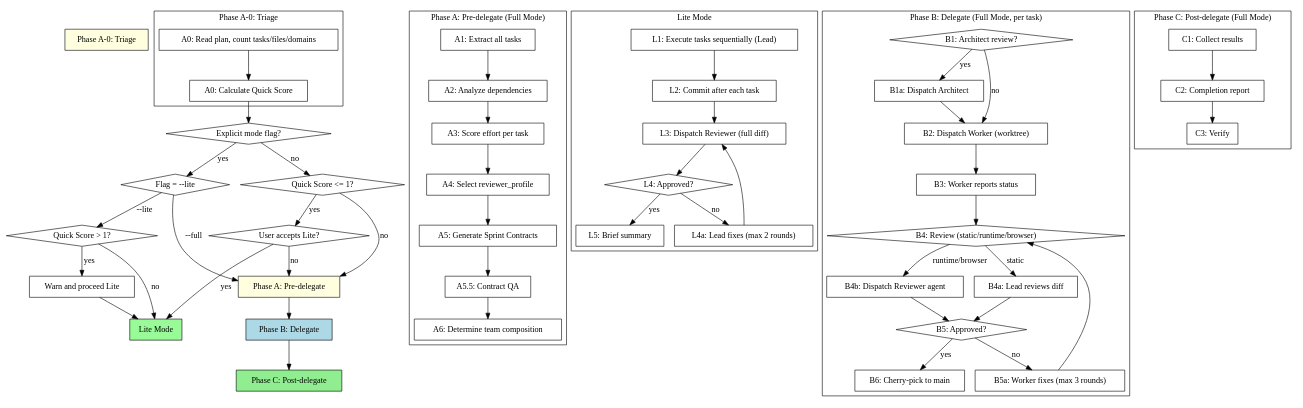
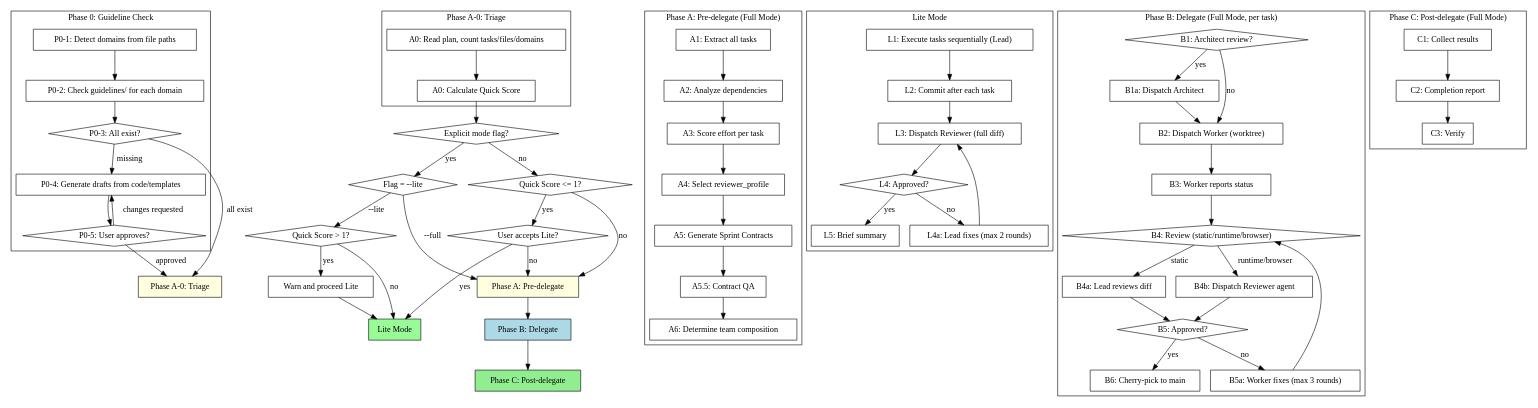
The second of 2 diagrams in skills/team-driven-development/SKILL.md (rat-siem/team-driven-development), drawn with Graphviz before and after one commit. The commit also changed other lines of this file, not shown here.

Commit message:
feat: add Phase 0 (Guideline Check) to SKILL.md

```diff
--- a/skills/team-driven-development/SKILL.md
+++ b/skills/team-driven-development/SKILL.md
@@ -138,6 +138,24 @@
     "Phase A: Pre-delegate" [shape=box style=filled fillcolor=lightyellow];
     "Phase B: Delegate" [shape=box style=filled fillcolor=lightblue];
     "Phase C: Post-delegate" [shape=box style=filled fillcolor=lightgreen];
+
+    subgraph cluster_phase0 {
+        label="Phase 0: Guideline Check";
+        "P0-1: Detect domains from file paths" [shape=box];
+        "P0-2: Check guidelines/ for each domain" [shape=box];
+        "P0-3: All exist?" [shape=diamond];
+        "P0-4: Generate drafts from code/templates" [shape=box];
+        "P0-5: User approves?" [shape=diamond];
+
+        "P0-1: Detect domains from file paths" -> "P0-2: Check guidelines/ for each domain";
+        "P0-2: Check guidelines/ for each domain" -> "P0-3: All exist?";
+        "P0-3: All exist?" -> "P0-4: Generate drafts from code/templates" [label="missing"];
+        "P0-4: Generate drafts from code/templates" -> "P0-5: User approves?";
+        "P0-5: User approves?" -> "P0-4: Generate drafts from code/templates" [label="changes requested"];
+    }
+
+    "P0-3: All exist?" -> "Phase A-0: Triage" [label="all exist"];
+    "P0-5: User approves?" -> "Phase A-0: Triage" [label="approved"];
 
     subgraph cluster_triage {
         label="Phase A-0: Triage";
```
